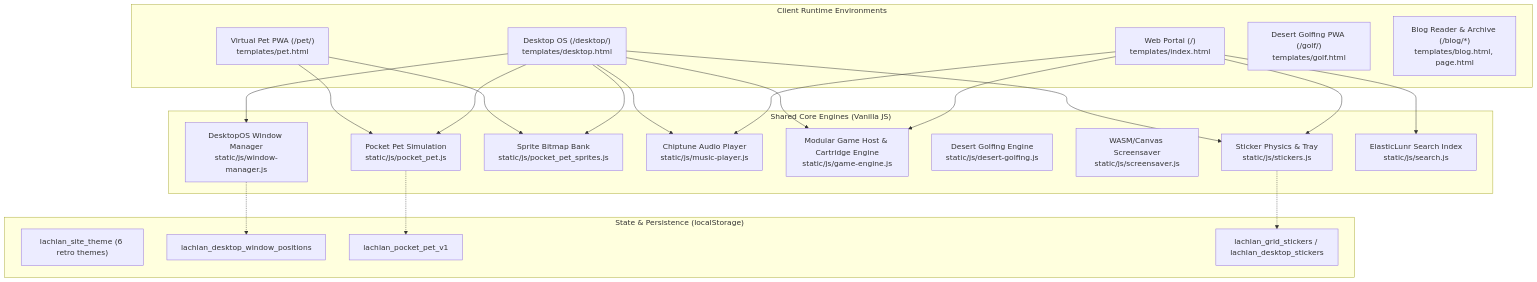
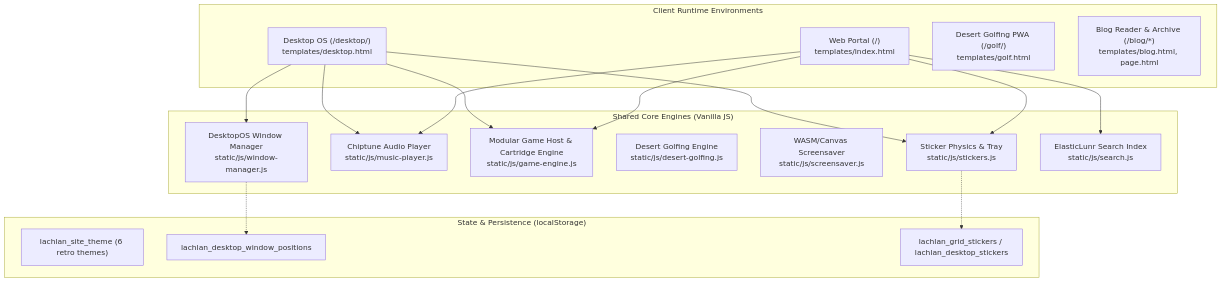
One commit to spatoa/website changed the first of 2 diagrams in ARCHITECTURE.md. Above: the diagram before and after it, drawn with Mermaid. The commit also changed other lines of this file and 24 other files, not shown here.

Commit message:
chore: remove pocket pet game, templates, styles, and assets

````diff
--- a/ARCHITECTURE.md
+++ b/ARCHITECTURE.md
@@ -18,48 +17,38 @@
 ```mermaid
 graph TD
     subgraph Client_Environments["Client Runtime Environments"]
         Portal["Web Portal (/)\ntemplates/index.html"]
         Desktop["Desktop OS (/desktop/)\ntemplates/desktop.html"]
-        PetApp["Virtual Pet PWA (/pet/)\ntemplates/pet.html"]
         GolfApp["Desert Golfing PWA (/golf/)\ntemplates/golf.html"]
         BlogContent["Blog Reader & Archive (/blog/*)\ntemplates/blog.html, page.html"]
     end
 
     subgraph Core_Engines["Shared Core Engines (Vanilla JS)"]
         WM["DesktopOS Window Manager\nstatic/js/window-manager.js"]
-        PetCore["Pocket Pet Simulation\nstatic/js/pocket_pet.js"]
-        PetSprites["Sprite Bitmap Bank\nstatic/js/pocket_pet_sprites.js"]
         Audio["Chiptune Audio Player\nstatic/js/music-player.js"]
         Canvas["Modular Game Host & Cartridge Engine\nstatic/js/game-engine.js"]
         Golf["Desert Golfing Engine\nstatic/js/desert-golfing.js"]
         Screensaver["WASM/Canvas Screensaver\nstatic/js/screensaver.js"]
         Stickers["Sticker Physics & Tray\nstatic/js/stickers.js"]
         Search["ElasticLunr Search Index\nstatic/js/search.js"]
     end
 
     subgraph State_Contracts["State & Persistence (localStorage)"]
         SiteTheme["lachlan_site_theme (6 retro themes)"]
         WindowPositions["lachlan_desktop_window_positions"]
-        PetState["lachlan_pocket_pet_v1"]
         StickerState["lachlan_grid_stickers / lachlan_desktop_stickers"]
     end
 
     Portal --> Audio
     Portal --> Canvas
     Portal --> Stickers
     Portal --> Search
 
     Desktop --> WM
-    Desktop --> PetSprites
-    Desktop --> PetCore
     Desktop --> Audio
     Desktop --> Canvas
     Desktop --> Stickers
 
-    PetApp --> PetSprites
-    PetApp --> PetCore
-
     WM -.-> WindowPositions
-    PetCore -.-> PetState
     Stickers -.-> StickerState
 ```
````
